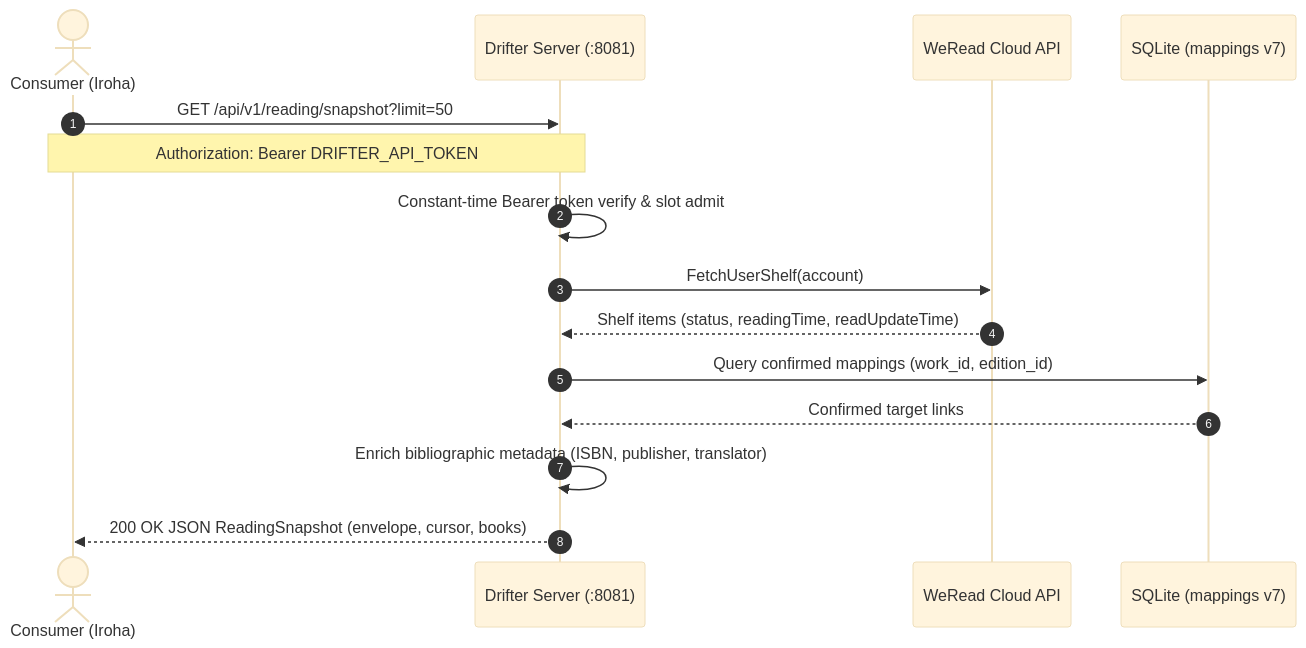
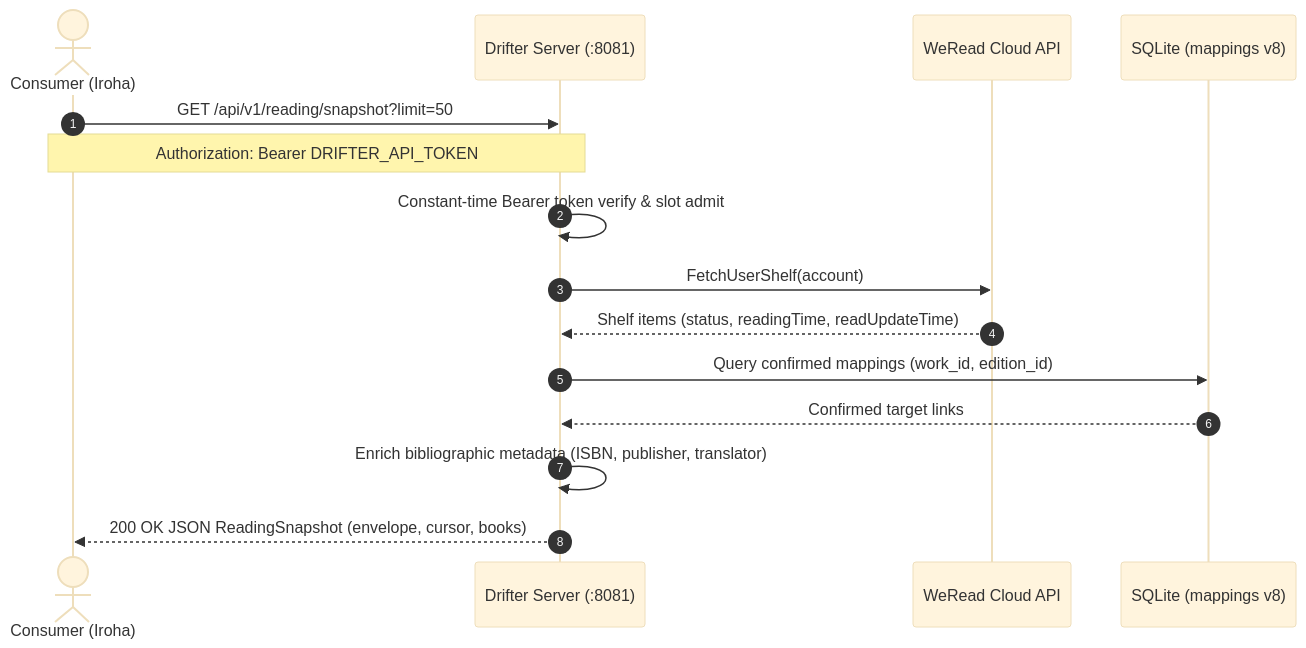
One commit to azusachino/drifter changed the first of 2 diagrams in docs/server.md. Above: the diagram before and after it, drawn with Mermaid (base theme). The commit also changed 3 other files, not shown here.

First line of the commit message:
docs: align architecture and server sequence with schema v8 (#33)

````diff
--- a/docs/server.md
+++ b/docs/server.md
@@ -87,18 +87,18 @@
 ```mermaid
 sequenceDiagram
   autonumber
   actor Consumer as Consumer (Iroha)
   participant Server as Drifter Server (:8081)
   participant WeRead as WeRead Cloud API
-  participant Store as SQLite (mappings v7)
+  participant Store as SQLite (mappings v8)
 
   Consumer->>Server: GET /api/v1/reading/snapshot?limit=50
   Note over Consumer,Server: Authorization: Bearer DRIFTER_API_TOKEN
   Server->>Server: Constant-time Bearer token verify & slot admit
   Server->>WeRead: FetchUserShelf(account)
   WeRead-->>Server: Shelf items (status, readingTime, readUpdateTime)
   Server->>Store: Query confirmed mappings (work_id, edition_id)
   Store-->>Server: Confirmed target links
   Server->>Server: Enrich bibliographic metadata (ISBN, publisher, translator)
   Server-->>Consumer: 200 OK JSON ReadingSnapshot (envelope, cursor, books)
 ```
````
